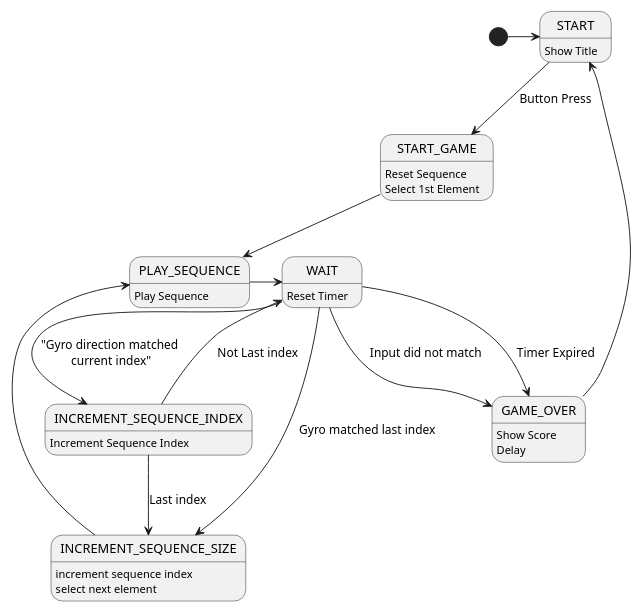
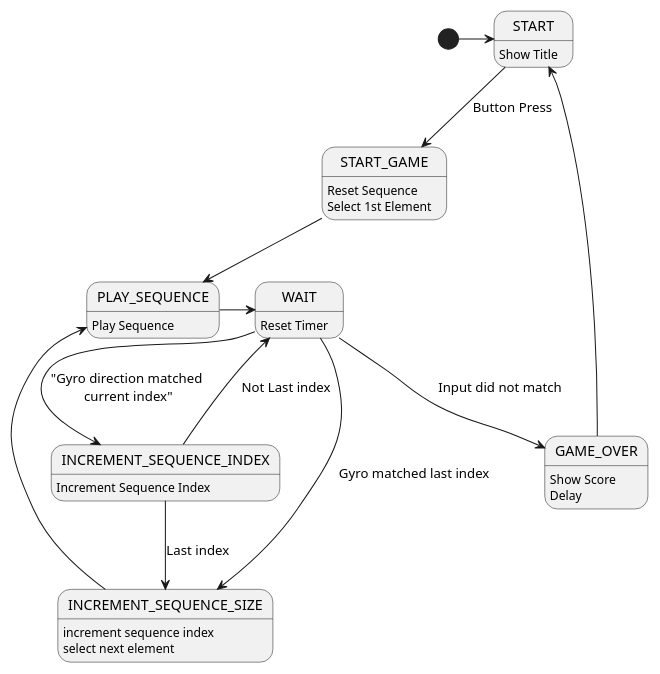
The diagram in week4/gyroStateDiag.iuml (tnhabib/making_embedded_systems), drawn with PlantUML before and after one commit.

```diff
--- a/week4/gyroStateDiag.iuml
+++ b/week4/gyroStateDiag.iuml
@@ -2,27 +2,26 @@
 @startuml
 scale 600 width
 
 [*] -> START
 START: Show Title
 START --> START_GAME : Button Press
 START_GAME: Reset Sequence
 START_GAME: Select 1st Element
 START_GAME --> PLAY_SEQUENCE
 PLAY_SEQUENCE: Play Sequence
 PLAY_SEQUENCE-> WAIT
 WAIT: Reset Timer
-WAIT --> GAME_OVER : Timer Expired
 WAIT --> GAME_OVER : Input did not match
 GAME_OVER: Show Score
 GAME_OVER: Delay
 GAME_OVER-> START
 WAIT-->INCREMENT_SEQUENCE_INDEX: "Gyro direction matched\n current index"
 WAIT-->INCREMENT_SEQUENCE_SIZE: Gyro matched last index
 INCREMENT_SEQUENCE_INDEX: Increment Sequence Index
 INCREMENT_SEQUENCE_INDEX-> WAIT: Not Last index
 INCREMENT_SEQUENCE_INDEX--> INCREMENT_SEQUENCE_SIZE: Last index
 INCREMENT_SEQUENCE_SIZE: increment sequence index
 INCREMENT_SEQUENCE_SIZE: select next element
 INCREMENT_SEQUENCE_SIZE-> PLAY_SEQUENCE
 
 @end_uml
```
